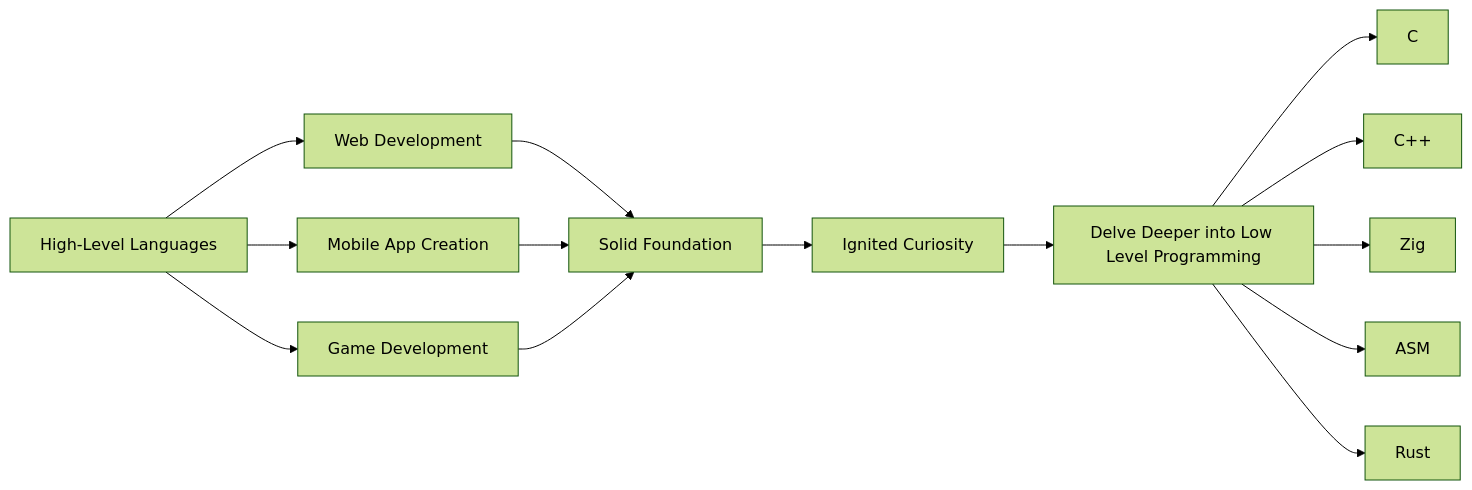
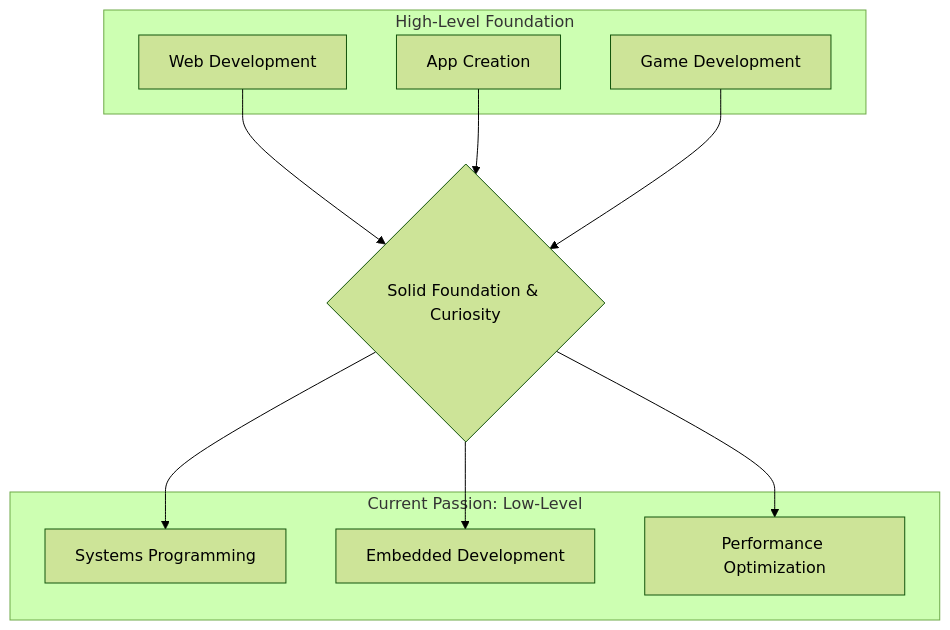
Before and after one commit to windows-fryer/windows-fryer: the diagram in README.md, drawn with Mermaid (forest theme). The commit also changed other lines of this file, not shown here.

````diff
--- a/README.md
+++ b/README.md
@@ -29,10 +29,21 @@
 ```mermaid
-flowchart LR
-    A["High-Level Languages"] --> B["Web Development"] & C["Mobile App Creation"] & D["Game Development"]
-    B --> E["Solid Foundation"]
-    C --> E
-    D --> E
-    E --> F["Ignited Curiosity"]
-    F --> G["Delve Deeper into Low Level Programming"]
-    G --> H["C"] & I["C++"] & J["Zig"] & K["ASM"] & L["Rust"]
+graph TD
+    subgraph "High-Level Foundation"
+        A[Web Development]
+        B[App Creation]
+        C[Game Development]
+    end
+
+    subgraph "Current Passion: Low-Level"
+        D[Systems Programming]
+        E[Embedded Development]
+        F[Performance Optimization]
+    end
+
+    A --> G{Solid Foundation & Curiosity}
+    B --> G
+    C --> G
+    G --> D
+    G --> E
+    G --> F
 ```
````
